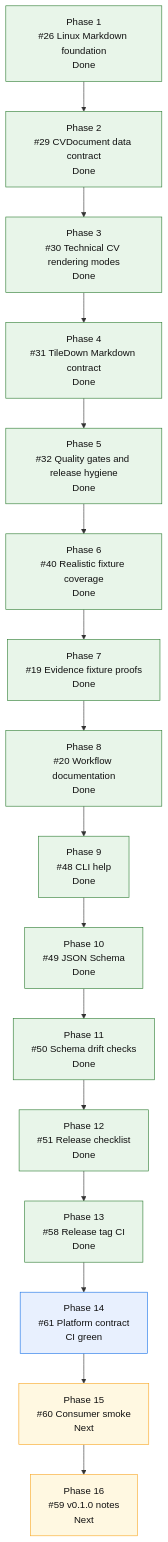
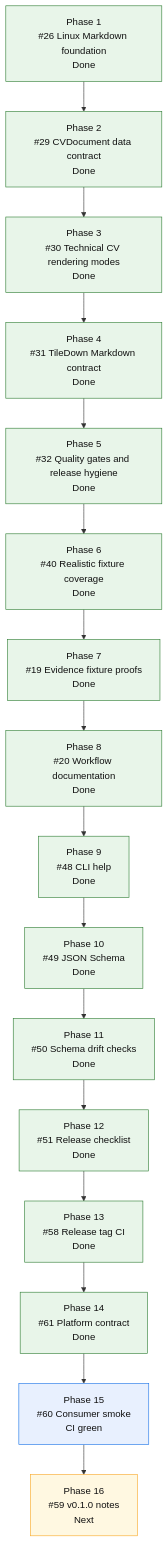
Before and after one commit to mihaelamj/cvbuilder: the diagram in README.md, drawn with Mermaid. The commit also changed other lines of this file and 7 other files, not shown here.

First line of the commit message:
Add consumer package smoke test

````diff
--- a/README.md
+++ b/README.md
@@ -167,32 +167,32 @@
 ```mermaid
 flowchart TD
     P1["Phase 1<br/>#26 Linux Markdown foundation<br/>Done"]
     P2["Phase 2<br/>#29 CVDocument data contract<br/>Done"]
     P3["Phase 3<br/>#30 Technical CV rendering modes<br/>Done"]
     P4["Phase 4<br/>#31 TileDown Markdown contract<br/>Done"]
     P5["Phase 5<br/>#32 Quality gates and release hygiene<br/>Done"]
     P6["Phase 6<br/>#40 Realistic fixture coverage<br/>Done"]
     P7["Phase 7<br/>#19 Evidence fixture proofs<br/>Done"]
     P8["Phase 8<br/>#20 Workflow documentation<br/>Done"]
     P9["Phase 9<br/>#48 CLI help<br/>Done"]
     P10["Phase 10<br/>#49 JSON Schema<br/>Done"]
     P11["Phase 11<br/>#50 Schema drift checks<br/>Done"]
     P12["Phase 12<br/>#51 Release checklist<br/>Done"]
     P13["Phase 13<br/>#58 Release tag CI<br/>Done"]
-    P14["Phase 14<br/>#61 Platform contract<br/>CI green"]
-    P15["Phase 15<br/>#60 Consumer smoke<br/>Next"]
+    P14["Phase 14<br/>#61 Platform contract<br/>Done"]
+    P15["Phase 15<br/>#60 Consumer smoke<br/>CI green"]
     P16["Phase 16<br/>#59 v0.1.0 notes<br/>Next"]
 
     P1 --> P2 --> P3 --> P4 --> P5 --> P6 --> P7 --> P8 --> P9 --> P10 --> P11 --> P12 --> P13 --> P14 --> P15 --> P16
 
     classDef done fill:#e8f5e9,stroke:#2e7d32,color:#111;
     classDef active fill:#fff3e0,stroke:#ef6c00,color:#111;
     classDef review fill:#e8f0fe,stroke:#1a73e8,color:#111;
     classDef next fill:#fff8e1,stroke:#f9a825,color:#111;
     classDef partial fill:#e0f7fa,stroke:#00838f,color:#111;
     classDef todo fill:#eef3ff,stroke:#3367d6,color:#111;
     class P1,P2,P3,P4 done;
-    class P5,P6,P7,P8,P9,P10,P11,P12,P13 done;
-    class P14 review;
-    class P15,P16 next;
+    class P5,P6,P7,P8,P9,P10,P11,P12,P13,P14 done;
+    class P15 review;
+    class P16 next;
 ```
````
